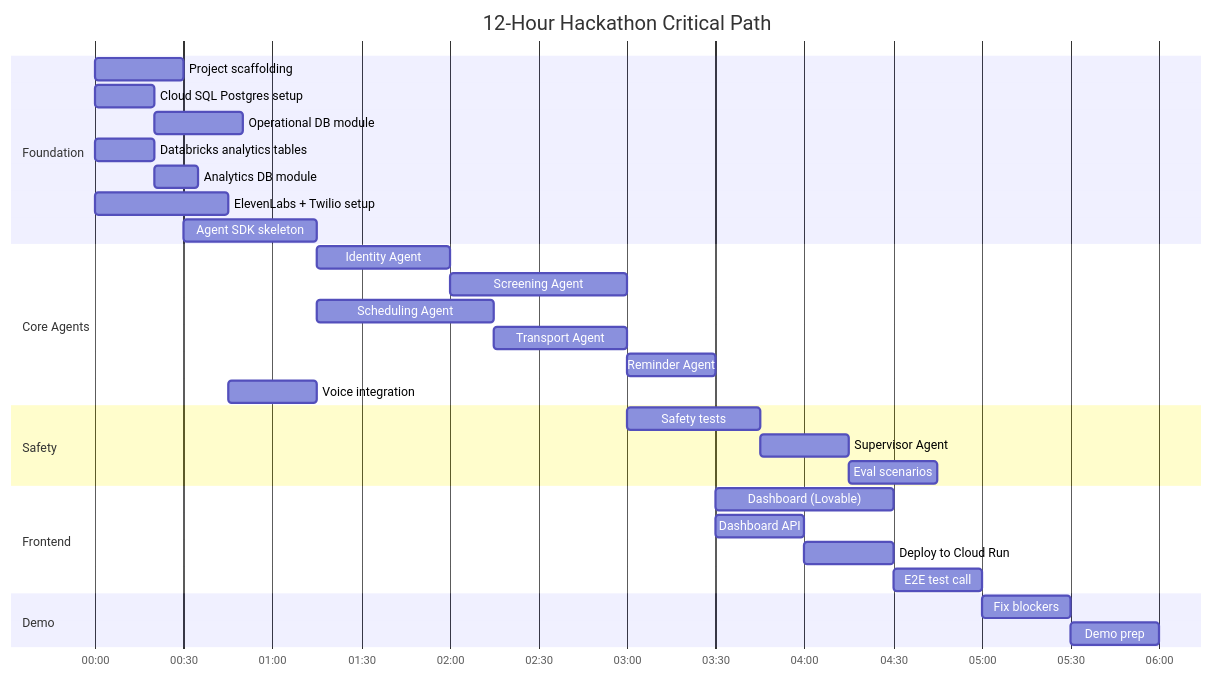
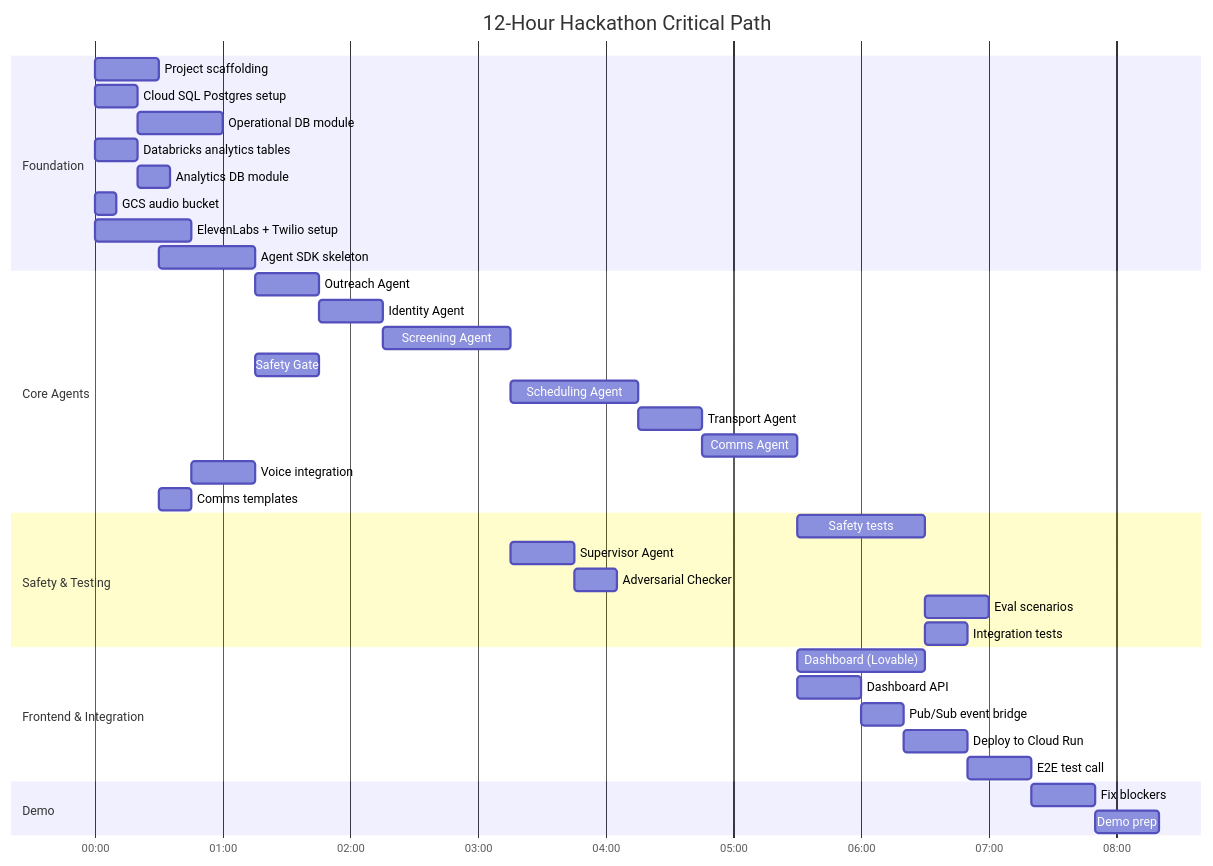
Before and after one commit to wilsonwolf/ask_mary: the tenth of 10 diagrams in local_docs/ask_mary_plan.md, drawn with Mermaid. The commit also changed other lines of this file and 2 other files, not shown here.

First line of the commit message:
docs: add human setup checklist, expand agent workflow and plan v2

````diff
--- a/local_docs/ask_mary_plan.md
+++ b/local_docs/ask_mary_plan.md
@@ -1033,38 +1351,45 @@
 ```mermaid
 gantt
     title 12-Hour Hackathon Critical Path
     dateFormat HH:mm
     axisFormat %H:%M
 
     section Foundation
     Project scaffolding           :f1, 00:00, 30m
     Cloud SQL Postgres setup      :f2, 00:00, 20m
-    Operational DB module         :f3, after f2, 30m
+    Operational DB module         :f3, after f2, 40m
     Databricks analytics tables   :f4a, 00:00, 20m
     Analytics DB module           :f4b, after f4a, 15m
-    ElevenLabs + Twilio setup     :f4, 00:00, 45m
-    Agent SDK skeleton            :f5, after f1, 45m
+    GCS audio bucket              :f4c, 00:00, 10m
+    ElevenLabs + Twilio setup     :f5, 00:00, 45m
+    Agent SDK skeleton            :f6, after f1, 45m
 
     section Core Agents
-    Identity Agent                :a1, after f5, 45m
+    Outreach Agent                :a0, after f6, 30m
+    Identity Agent                :a1, after a0, 30m
     Screening Agent               :a2, after a1, 60m
-    Scheduling Agent              :a3, after f5, 60m
-    Transport Agent               :a4, after a3, 45m
-    Reminder Agent                :a5, after a4, 30m
-    Voice integration             :a6, after f4, 30m
+    Safety Gate                   :a2b, after f6, 30m
+    Scheduling Agent              :a3, after a2, 60m
+    Transport Agent               :a4, after a3, 30m
+    Comms Agent                   :a5, after a4, 45m
+    Voice integration             :a6, after f5, 30m
+    Comms templates               :a7, after f1, 15m
 
-    section Safety
-    Safety tests                  :s1, after a2, 45m
-    Supervisor Agent              :s2, after s1, 30m
-    Eval scenarios                :s3, after s2, 30m
+    section Safety & Testing
+    Safety tests                  :s1, after a5, 60m
+    Supervisor Agent              :s2, after a2, 30m
+    Adversarial Checker           :s2b, after s2, 20m
+    Eval scenarios                :s3, after s1, 30m
+    Integration tests             :s4, after s1, 20m
 
-    section Frontend
+    section Frontend & Integration
     Dashboard (Lovable)           :d1, after a5, 60m
     Dashboard API                 :d2, after a5, 30m
-    Deploy to Cloud Run           :d3, after d2, 30m
+    Pub/Sub event bridge          :d2b, after d2, 20m
+    Deploy to Cloud Run           :d3, after d2b, 30m
     E2E test call                 :d4, after d3, 30m
 
     section Demo
     Fix blockers                  :e1, after d4, 30m
     Demo prep                     :e2, after e1, 30m
 ```
````
